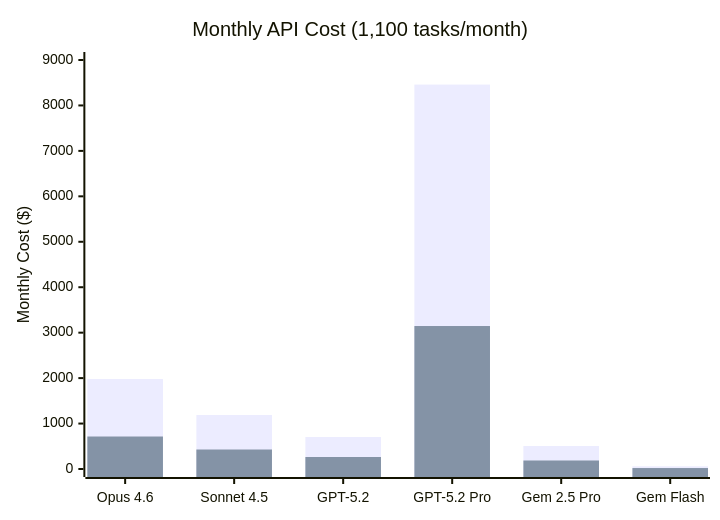
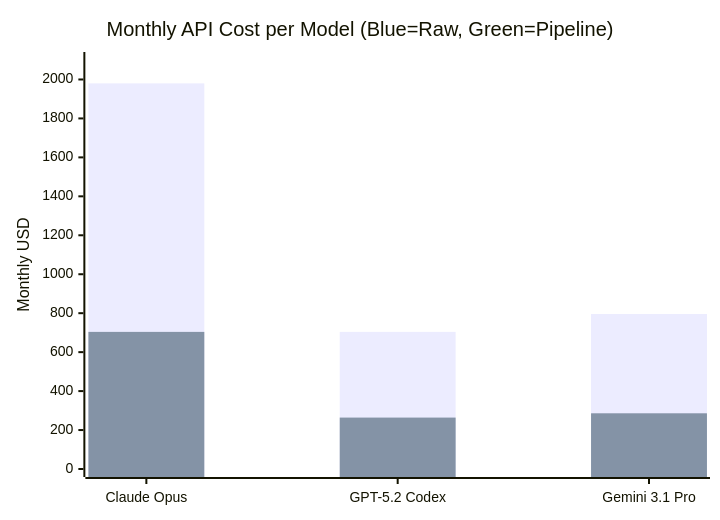
The eighth of 9 diagrams in docs/PIPELINE_COMPARISON.md (shantosaha/Antigravity-Seamless-Pipeline), drawn with Mermaid before and after one commit. The commit also changed other lines of this file and 1 other file, not shown here.

Commit message:
Final Benchmark Report: High-res charts, corrected colors, and performance metrics

````diff
--- a/docs/PIPELINE_COMPARISON.md
+++ b/docs/PIPELINE_COMPARISON.md
@@ -557,8 +647,8 @@
 ```mermaid
 xychart-beta
-    title "Monthly API Cost (1,100 tasks/month)"
-    x-axis ["Opus 4.6", "Sonnet 4.5", "GPT-5.2", "GPT-5.2 Pro", "Gem 2.5 Pro", "Gem Flash"]
-    y-axis "Monthly Cost ($)" 0 --> 9000
-    bar [1980, 1188, 704, 8459, 506, 59]
-    bar [715, 429, 264, 3146, 187, 21]
+    title "Monthly API Cost per Model (Blue=Raw, Green=Pipeline)"
+    x-axis ["Claude Opus", "GPT-5.2 Codex", "Gemini 3.1 Pro"]
+    y-axis "Monthly USD" 0 --> 2100
+    bar [1980, 704, 796]
+    bar [704, 264, 286]
 ```
````
